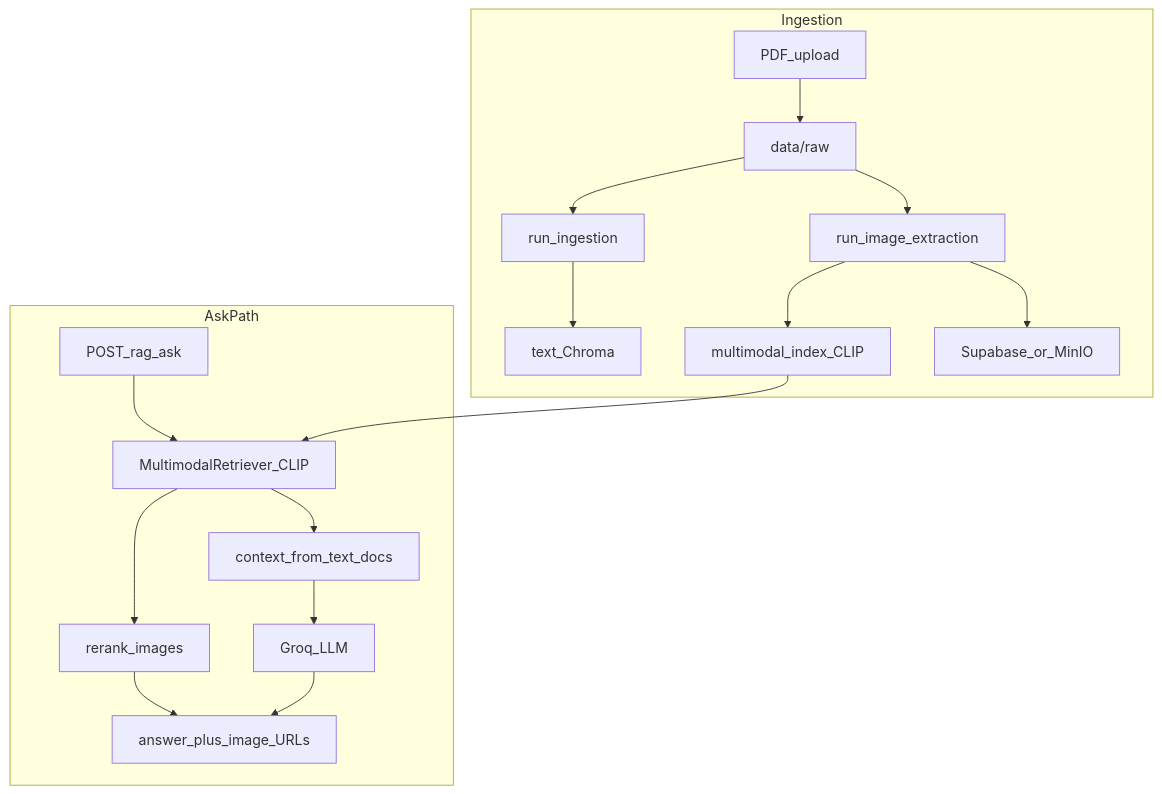
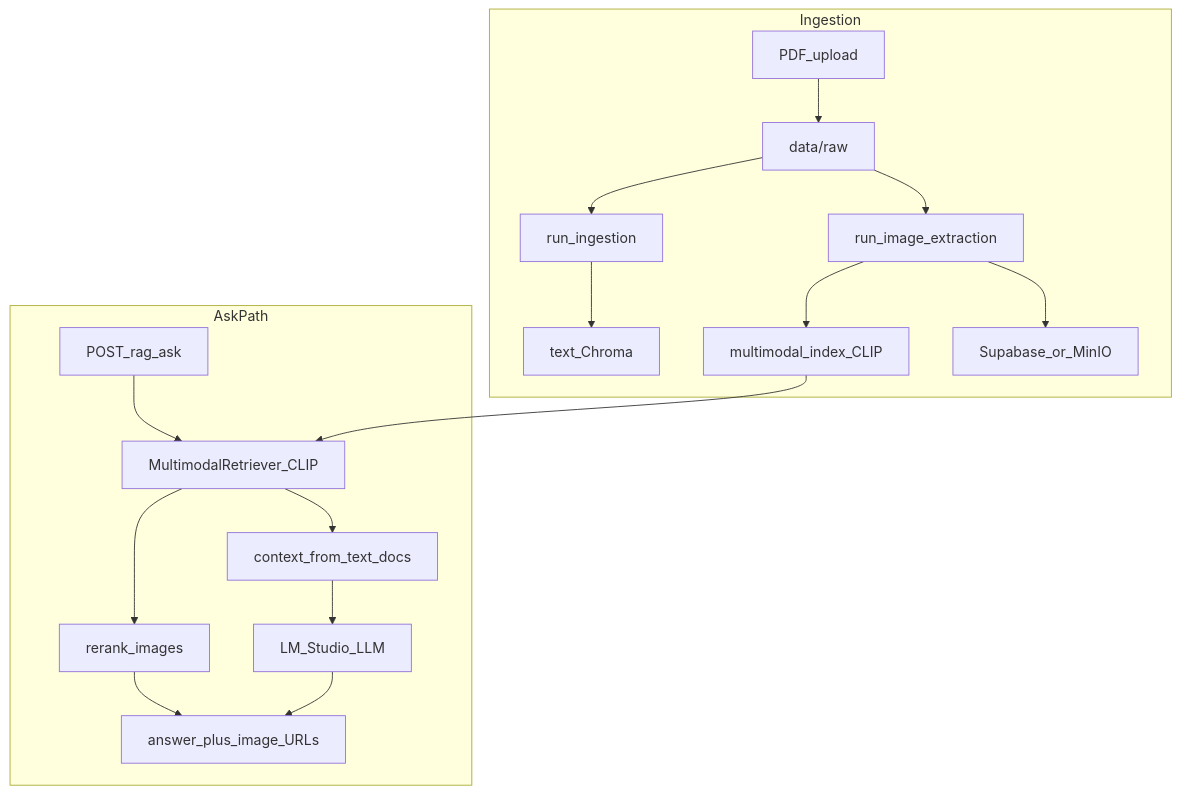
One commit to AdarshRajDS/ThesisBackend changed the first of 2 diagrams in THESIS_ROADMAP_AND_TESTING.md. Above: the diagram before and after it, drawn with Mermaid. The commit also changed other lines of this file and 19 other files, not shown here.

````diff
--- a/THESIS_ROADMAP_AND_TESTING.md
+++ b/THESIS_ROADMAP_AND_TESTING.md
@@ -25,32 +25,32 @@
 ```mermaid
 flowchart TB
   subgraph ingest [Ingestion]
     PDF[PDF_upload]
     Raw[data/raw]
     TextRun[run_ingestion]
     ImgRun[run_image_extraction]
     TChroma[text_Chroma]
     MIdx[multimodal_index_CLIP]
     Store[Supabase_or_MinIO]
     PDF --> Raw
     Raw --> TextRun
     Raw --> ImgRun
     TextRun --> TChroma
     ImgRun --> Store
     ImgRun --> MIdx
   end
   subgraph ask [AskPath]
     Q[POST_rag_ask]
     MRet[MultimodalRetriever_CLIP]
     Ctx[context_from_text_docs]
-    LLM[Groq_LLM]
+    LLM[LM_Studio_LLM]
     Rerank[rerank_images]
     Q --> MRet
     MRet --> Ctx
     MRet --> Rerank
     Ctx --> LLM
     Rerank --> Out[answer_plus_image_URLs]
     LLM --> Out
   end
   MIdx --> MRet
 ```
````
